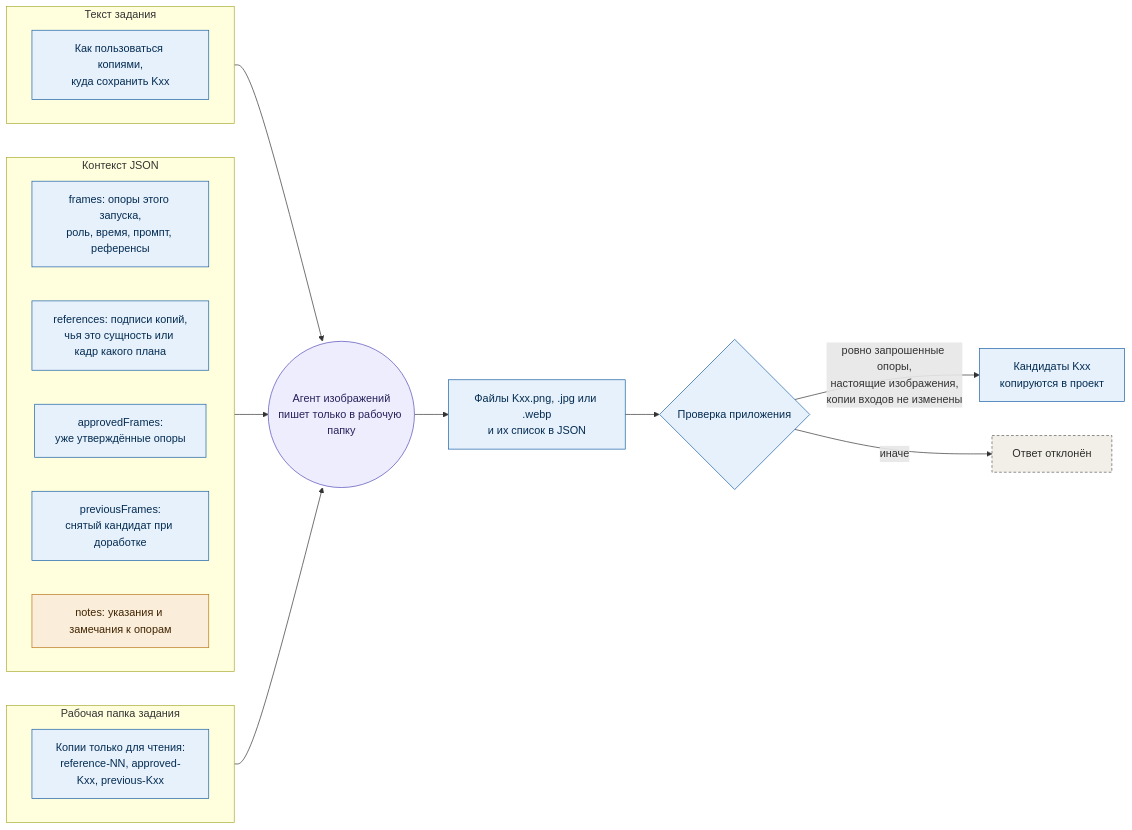
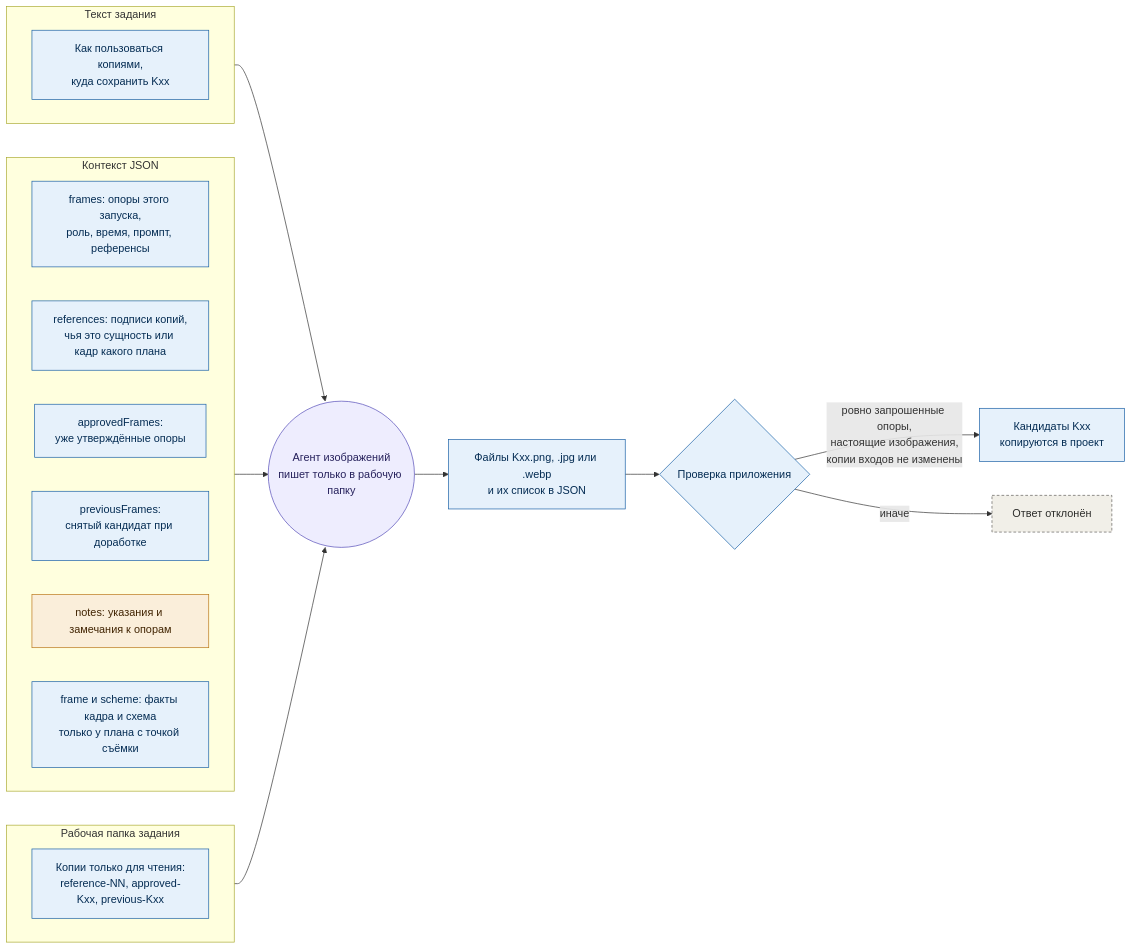
Before and after one commit to ai-animation-tools/songframe: the eighth of 10 diagrams in docs/production-map.md, drawn with Mermaid. The commit also changed other lines of this file and 16 other files, not shown here.

First line of the commit message:
Опоры: схема локации и точка съёмки агенту описания и исполнителю

````diff
--- a/docs/production-map.md
+++ b/docs/production-map.md
@@ -319,36 +320,37 @@
 ```mermaid
 flowchart LR
   subgraph task["Текст задания"]
     direction LR
     howto["Как пользоваться копиями,<br/>куда сохранить Kxx"]
   end
   subgraph context["Контекст JSON"]
     direction LR
     list["frames: опоры этого запуска,<br/>роль, время, промпт, референсы"]
     refs["references: подписи копий,<br/>чья это сущность или кадр какого плана"]
     approved["approvedFrames:<br/>уже утверждённые опоры"]
     previous["previousFrames:<br/>снятый кандидат при доработке"]
     notes["notes: указания и замечания к опорам"]
+    layout["frame и scheme: факты кадра и схема<br/>только у плана с точкой съёмки"]
   end
   subgraph work["Рабочая папка задания"]
     direction LR
     copies["Копии только для чтения:<br/>reference-NN, approved-Kxx, previous-Kxx"]
   end
   task --> agent(("Агент изображений<br/>пишет только в рабочую папку"))
   context --> agent
   work --> agent
   agent --> files["Файлы Kxx.png, .jpg или .webp<br/>и их список в JSON"]
   files --> check{"Проверка приложения"}
   check -- "ровно запрошенные опоры,<br/>настоящие изображения,<br/>копии входов не изменены" --> candidate["Кандидаты Kxx<br/>копируются в проект"]
   check -- "иначе" --> rejected["Ответ отклонён"]
 
-  class howto,list,refs,approved,previous,copies app
+  class howto,list,refs,approved,previous,layout,copies app
   class notes user
   class agent agent
   class files,check,candidate app
   class rejected bad
   classDef user fill:#FAEEDA,stroke:#BA7517,color:#412402
   classDef agent fill:#EEEDFE,stroke:#534AB7,color:#26215C
   classDef app fill:#E6F1FB,stroke:#185FA5,color:#042C53
   classDef bad fill:#F1EFE8,stroke:#5F5E5A,color:#2C2C2A,stroke-dasharray:4 3
 ```
````
